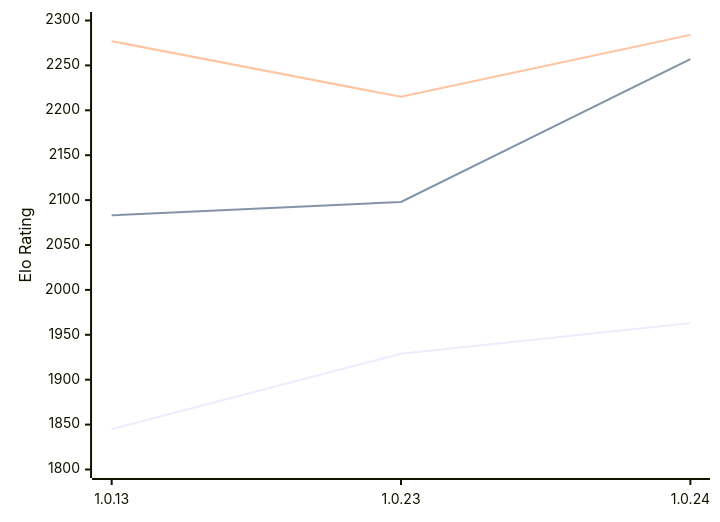
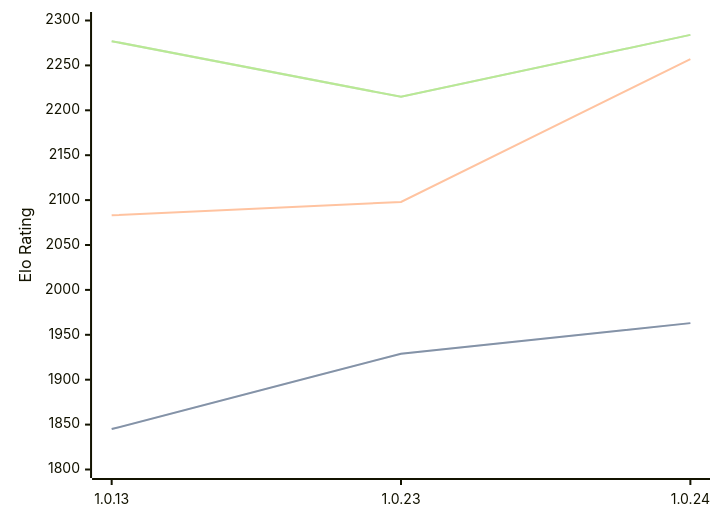
One commit to computer-chess-index/cci changed the diagram in engines/RustyRival.md. Above: the diagram before and after it, drawn with Mermaid. The commit also changed other lines of this file, not shown here.

Commit message:
Update CCI Ratings (ELO VLTC) - 2026-02-13

````diff
--- a/engines/RustyRival.md
+++ b/engines/RustyRival.md
@@ -53,9 +53,11 @@
 ```mermaid
 %%{init: {"theme":"base","themeVariables":{"seriesColors:['#a3a3a3','#222221','#faa371']}}}%%
 xychart-beta
   x-axis ["1.0.13", "1.0.23", "1.0.24"]
   y-axis "Elo Rating" 1800 --> 2300
   line "STC (8.0+0.08s)" [1845, 1929, 1963]
+  line "STC (8.0+0.08s)" [1845, 1929, 1963]
   line "LTC (60.0+0.60s)" [2083, 2098, 2257]
   line "VLTC (2m24s+1.12s)" [2277, 2215, 2284]
+  line "VLTC (2m24s+1.12s)" [2277, 2215, 2284]
 ```
````
